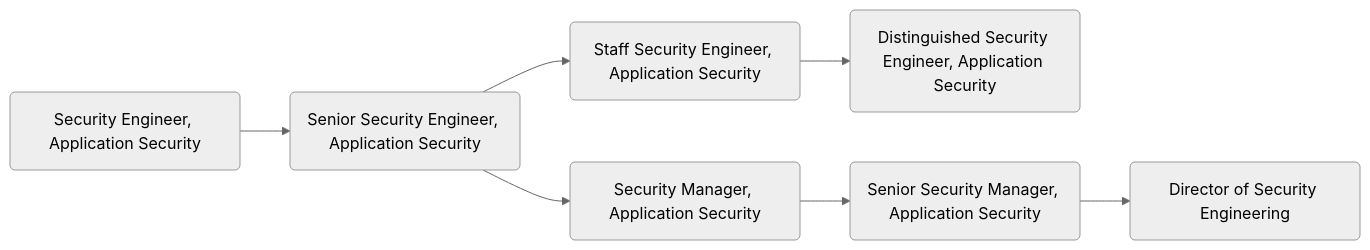
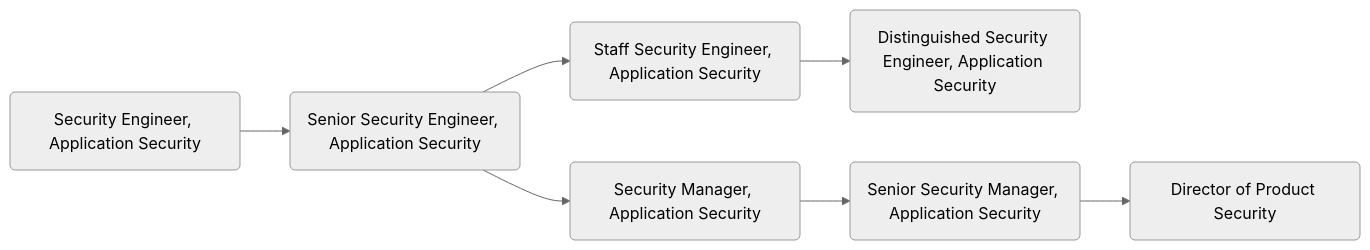
One commit to secretstartups/handbook changed the diagram in content/job-families/security/application-security.md. Above: the diagram before and after it, drawn with Mermaid (neutral theme). The commit also changed other lines of this file and 69 other files, not shown here.

Commit message:
Change Security Engineering name to Product Security

````diff
--- a/content/job-families/security/application-security.md
+++ b/content/job-families/security/application-security.md
@@ -246,9 +246,9 @@
 ```mermaid
   graph LR;
   sec:se(Security Engineer, Application Security) --> sec:sse(Senior Security Engineer, Application Security);
   sec:sse(Senior Security Engineer, Application Security) --> sec:stse(Staff Security Engineer, Application Security);
   sec:stse(Staff Security Engineer, Application Security) --> sec:dse(Distinguished Security Engineer, Application Security);
   sec:sse(Senior Security Engineer, Application Security)-->sec:sem(Security Manager, Application Security);
   sec:sem(Security Manager, Application Security)-->sec:sesm(Senior Security Manager, Application Security);
-  sec:sesm(Senior Security Manager, Application Security)-->sec:ds(Director of Security Engineering);
+  sec:sesm(Senior Security Manager, Application Security)-->sec:ds(Director of Product Security);
 ```
````
